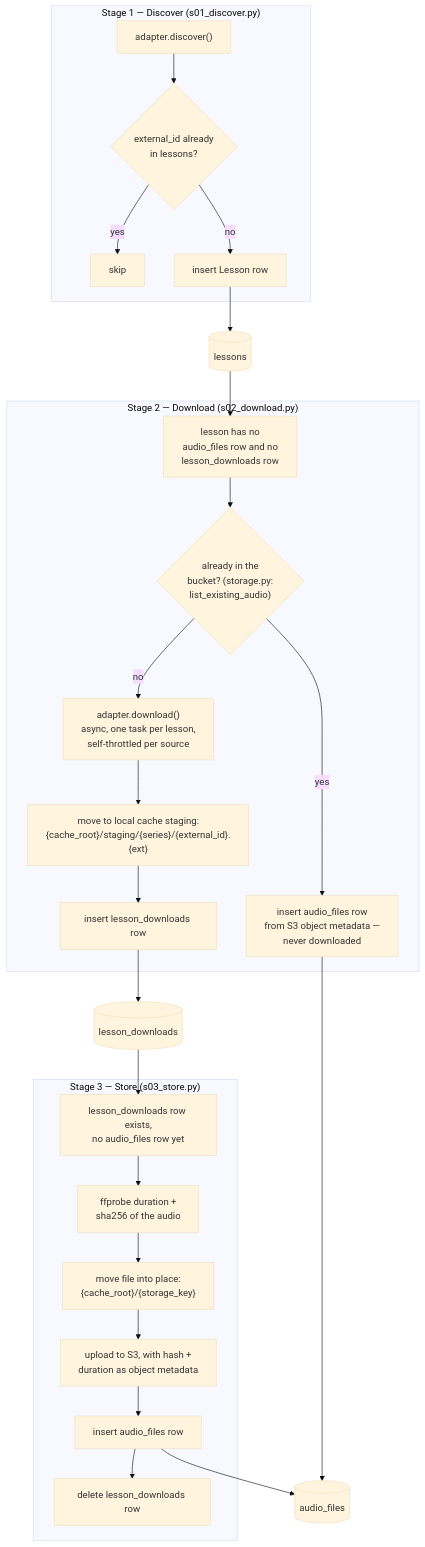
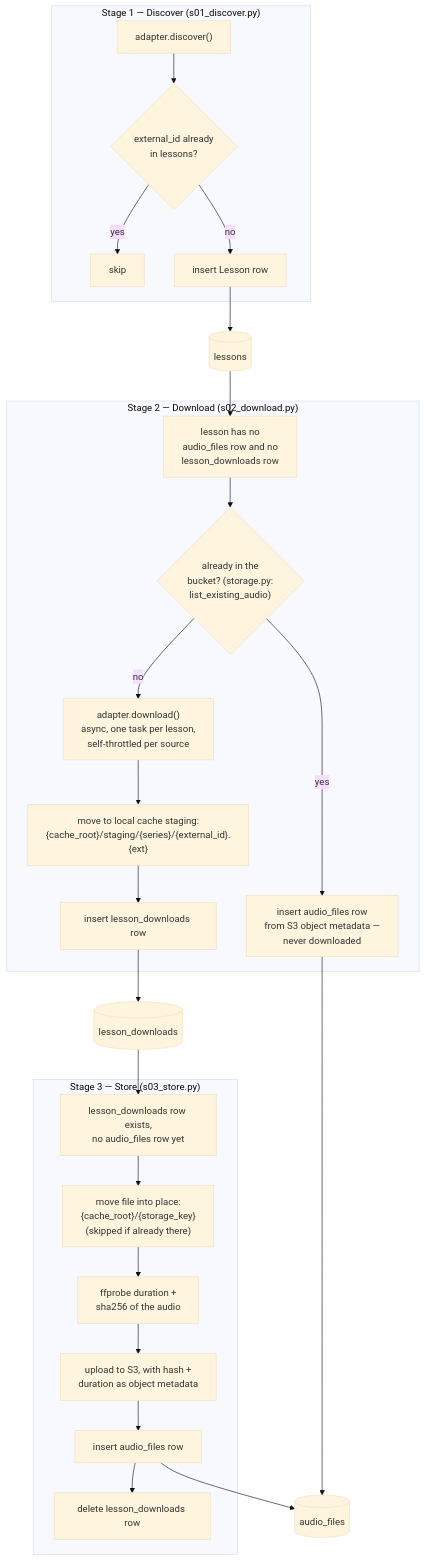
One commit to kol-torah/data-pipelines changed the diagram in documents/pipelines/discover.md. Above: the diagram before and after it, drawn with Mermaid (base theme). The commit also changed other lines of this file, not shown here.

````diff
--- a/documents/pipelines/discover.md
+++ b/documents/pipelines/discover.md
@@ -28,33 +28,33 @@
 ```mermaid
 flowchart TD
     subgraph S1["Stage 1 — Discover (s01_discover.py)"]
         A1["adapter.discover()"] --> A2{"external_id already\nin lessons?"}
         A2 -->|yes| A3["skip"]
         A2 -->|no| A4["insert Lesson row"]
     end
 
     A4 --> LESSONS[("lessons")]
 
     subgraph S2["Stage 2 — Download (s02_download.py)"]
         B0["lesson has no\naudio_files row and no\nlesson_downloads row"] --> B1{"already in the\nbucket? (storage.py:\nlist_existing_audio)"}
         B1 -->|yes| B2["insert audio_files row\nfrom S3 object metadata —\nnever downloaded"]
         B1 -->|no| B3["adapter.download()\nasync, one task per lesson,\nself-throttled per source"]
         B3 --> B4["move to local cache staging:\n{cache_root}/staging/{series}/{external_id}.{ext}"]
         B4 --> B5["insert lesson_downloads row"]
     end
 
     LESSONS --> B0
     B2 --> AUDIOFILES[("audio_files")]
     B5 --> LESSONDL[("lesson_downloads")]
 
     subgraph S3["Stage 3 — Store (s03_store.py)"]
-        C1["lesson_downloads row exists,\nno audio_files row yet"] --> C2["ffprobe duration +\nsha256 of the audio"]
-        C2 --> C3["move file into place:\n{cache_root}/{storage_key}"]
+        C1["lesson_downloads row exists,\nno audio_files row yet"] --> C2["move file into place:\n{cache_root}/{storage_key}\n(skipped if already there)"]
+        C2 --> C3["ffprobe duration +\nsha256 of the audio"]
         C3 --> C4["upload to S3, with hash +\nduration as object metadata"]
         C4 --> C5["insert audio_files row"]
         C5 --> C6["delete lesson_downloads row"]
     end
 
     LESSONDL --> C1
     C5 --> AUDIOFILES
 ```
````
